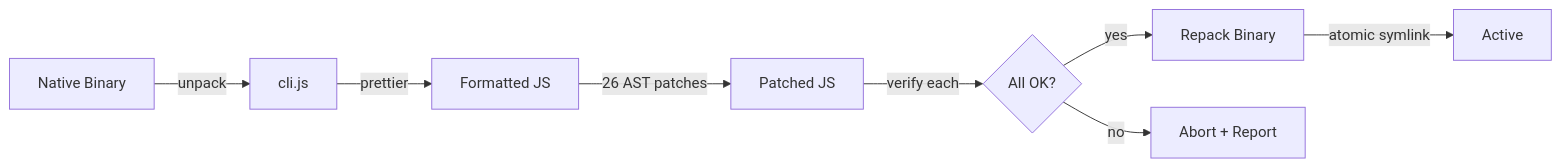
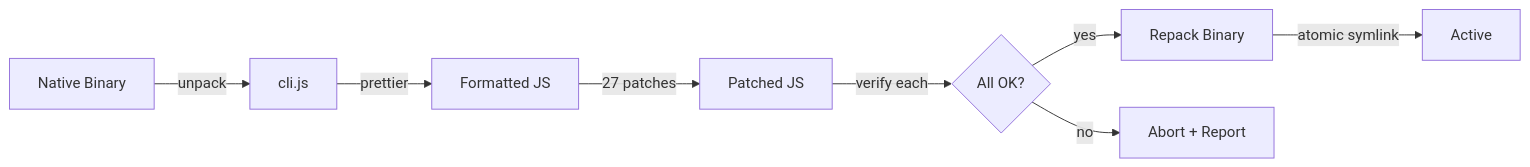
The first of 3 diagrams in README.md (camjac251/cc-enhanced), drawn with Mermaid before and after one commit. The commit also changed other lines of this file and 5 other files, not shown here.

````diff
--- a/README.md
+++ b/README.md
@@ -23,10 +23,10 @@
 ```mermaid
 graph LR
     A[Native Binary] -->|unpack| B[cli.js]
     B -->|prettier| C[Formatted JS]
-    C -->|26 AST patches| D[Patched JS]
+    C -->|27 patches| D[Patched JS]
     D -->|verify each| E{All OK?}
     E -->|yes| F[Repack Binary]
     E -->|no| G[Abort + Report]
     F -->|atomic symlink| H[Active]
 ```
````
